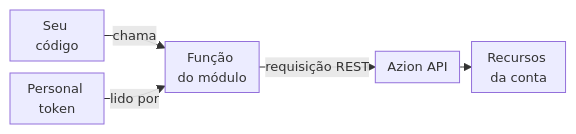
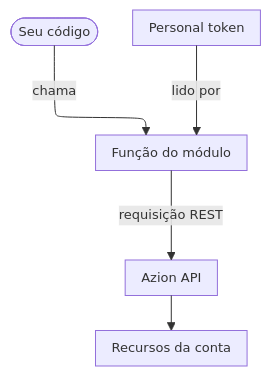
The diagram in apps/docs/src/content/docs/pt-br/pages/devtools/azion-lib/overview/overview.mdx (aziontech/docs), drawn with Mermaid before and after one commit. The commit also changed 179 other files, not shown here.

Commit message:
docs(diagrams): redraw every other diagram in the use-case diagram style (#2513)

````diff
--- a/apps/docs/src/content/docs/pt-br/pages/devtools/azion-lib/overview/overview.mdx
+++ b/apps/docs/src/content/docs/pt-br/pages/devtools/azion-lib/overview/overview.mdx
@@ -62,8 +62,8 @@
 ```mermaid
-%%{init: {"layout": "dagre", "themeVariables": {"fontSize": "13px"}, "flowchart": {"nodeSpacing": 12, "rankSpacing": 12, "padding": 6, "wrappingWidth": 70, "minNodeWidth": 40, "useMaxWidth": true}}}%%
-flowchart LR
-  Code["Seu código"] -->|"chama"| Fn["Função do módulo"]
+%%{init: {"layout": "elk", "themeVariables": {"fontSize": "13px"}, "flowchart": {"nodeSpacing": 24, "rankSpacing": 36, "padding": 8, "wrappingWidth": 150, "useMaxWidth": true}, "sequence": {"width": 120, "actorMargin": 30, "useMaxWidth": true}}}%%
+flowchart TD
+  Code(["Seu código"]) -->|"chama"| Fn["Função do módulo"]
   Tok["Personal token"] -->|"lido por"| Fn
   Fn -->|"requisição REST"| Api["Azion API"]
   Api --> Res["Recursos da conta"]
 ```
````
